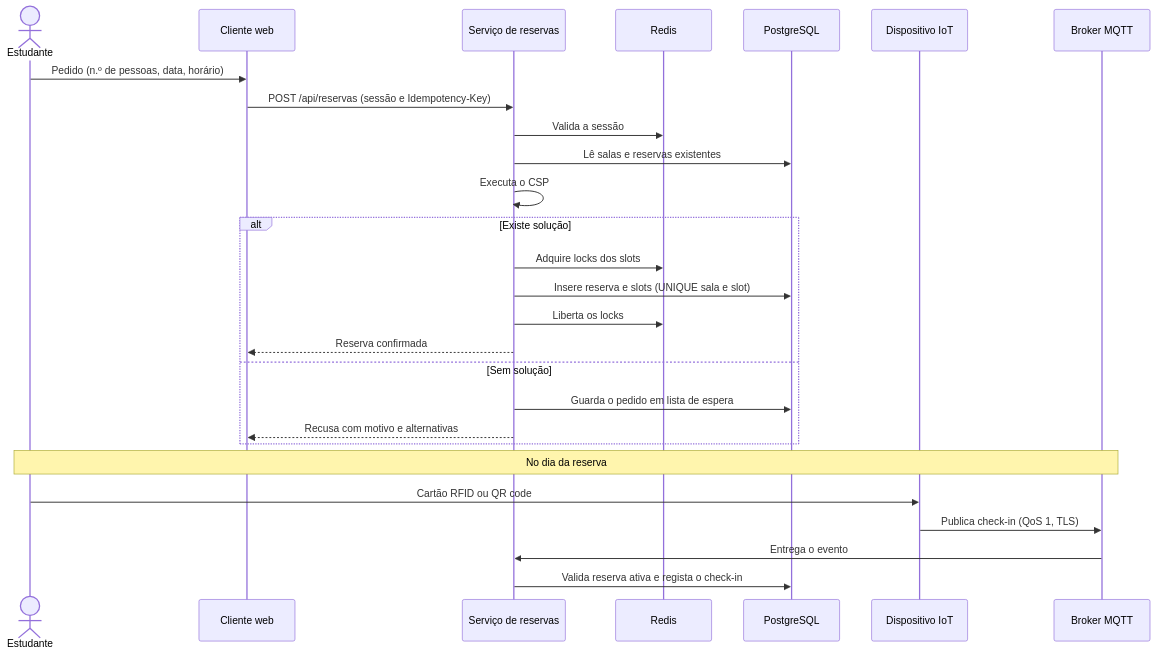
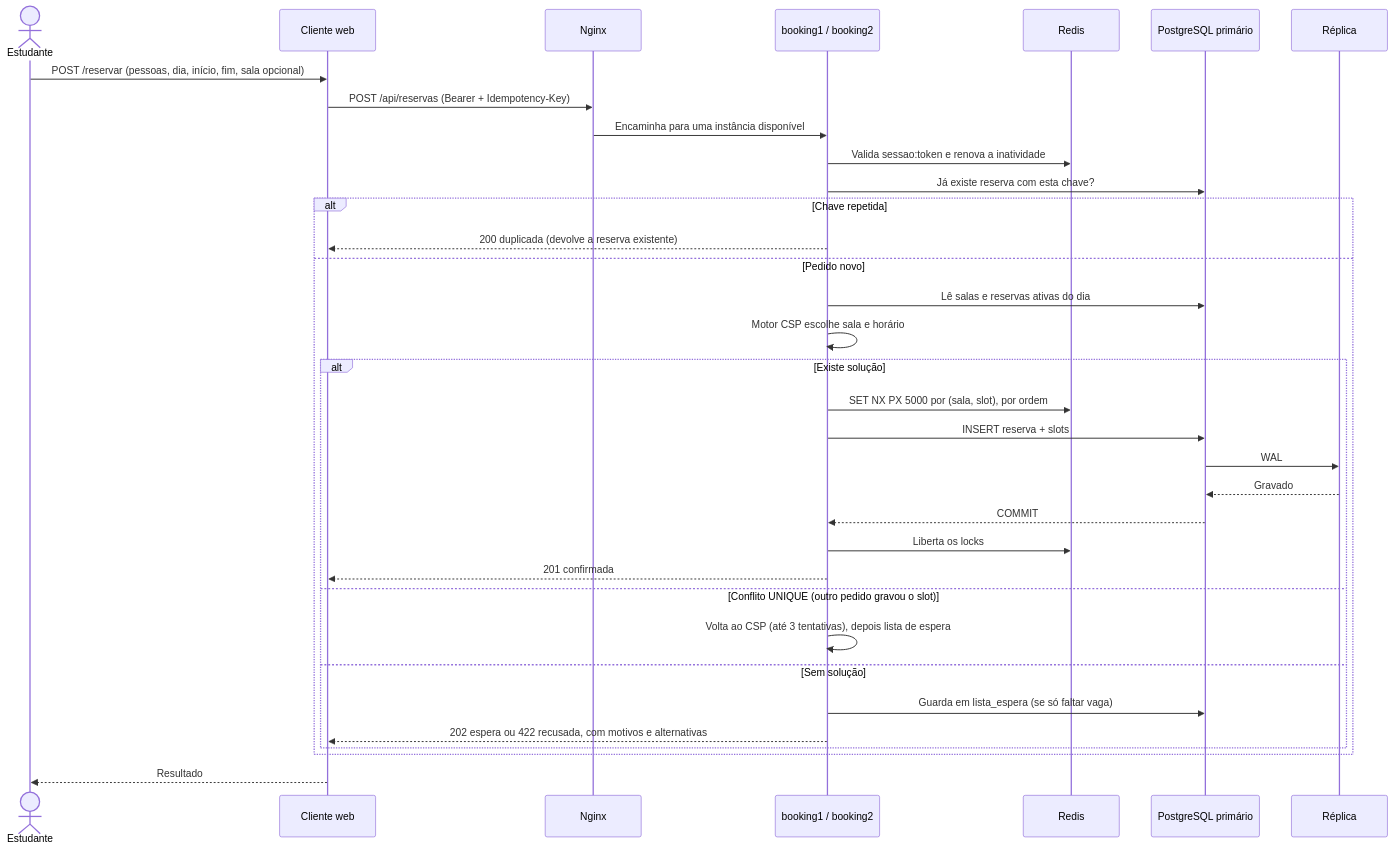
One commit to carloslima11/StudySpot changed the third of 5 diagrams in _documentacao/04_documentacao_tecnica/diagramas_uml.md. Above: the diagram before and after it, drawn with Mermaid. The commit also changed other lines of this file and 27 other files, not shown here.

````diff
--- a/_documentacao/04_documentacao_tecnica/diagramas_uml.md
+++ b/_documentacao/04_documentacao_tecnica/diagramas_uml.md
@@ -115,31 +145,37 @@
 ```mermaid
 sequenceDiagram
     actor E as Estudante
     participant W as Cliente web
-    participant B as Serviço de reservas
+    participant N as Nginx
+    participant B as booking1 / booking2
     participant R as Redis
-    participant DB as PostgreSQL
-    participant D as Dispositivo IoT
-    participant M as Broker MQTT
+    participant DB as PostgreSQL primário
+    participant S as Réplica
 
-    E->>W: Pedido (n.º de pessoas, data, horário)
-    W->>B: POST /api/reservas (sessão e Idempotency-Key)
-    B->>R: Valida a sessão
-    B->>DB: Lê salas e reservas existentes
-    B->>B: Executa o CSP
-    alt Existe solução
-        B->>R: Adquire locks dos slots
-        B->>DB: Insere reserva e slots (UNIQUE sala e slot)
-        B->>R: Liberta os locks
-        B-->>W: Reserva confirmada
-    else Sem solução
-        B->>DB: Guarda o pedido em lista de espera
-        B-->>W: Recusa com motivo e alternativas
+    E->>W: POST /reservar (pessoas, dia, início, fim, sala opcional)
+    W->>N: POST /api/reservas (Bearer + Idempotency-Key)
+    N->>B: Encaminha para uma instância disponível
+    B->>R: Valida sessao:token e renova a inatividade
+    B->>DB: Já existe reserva com esta chave?
+    alt Chave repetida
+        B-->>W: 200 duplicada (devolve a reserva existente)
+    else Pedido novo
+        B->>DB: Lê salas e reservas ativas do dia
+        B->>B: Motor CSP escolhe sala e horário
+        alt Existe solução
+            B->>R: SET NX PX 5000 por (sala, slot), por ordem
+            B->>DB: INSERT reserva + slots
+            DB->>S: WAL
+            S-->>DB: Gravado
+            DB-->>B: COMMIT
+            B->>R: Liberta os locks
+            B-->>W: 201 confirmada
+        else Conflito UNIQUE (outro pedido gravou o slot)
+            B->>B: Volta ao CSP (até 3 tentativas), depois lista de espera
+        else Sem solução
+            B->>DB: Guarda em lista_espera (se só faltar vaga)
+            B-->>W: 202 espera ou 422 recusada, com motivos e alternativas
+        end
     end
-
-    Note over E,M: No dia da reserva
-    E->>D: Cartão RFID ou QR code
-    D->>M: Publica check-in (QoS 1, TLS)
-    M->>B: Entrega o evento
-    B->>DB: Valida reserva ativa e regista o check-in
+    W-->>E: Resultado
 ```
````
